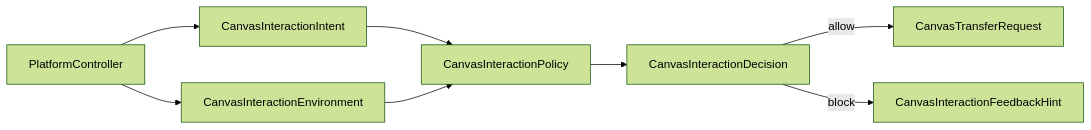
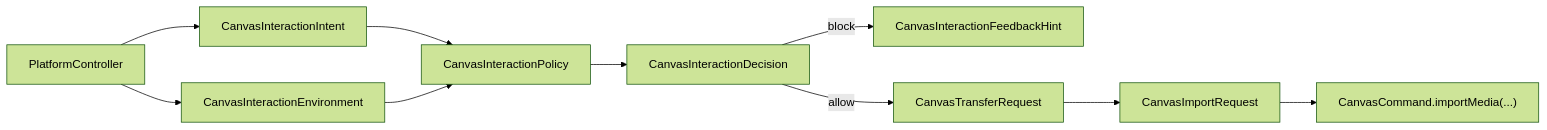
The first of 8 diagrams in .cursor/plans/方案4输入意图收敛_b466a267.plan.md (ShaunCheh/MyCanvas_Ver_0), drawn with Mermaid (forest theme) before and after one commit. The commit also changed other lines of this file, not shown here.

````diff
--- a/.cursor/plans/方案4输入意图收敛_b466a267.plan.md
+++ b/.cursor/plans/方案4输入意图收敛_b466a267.plan.md
@@ -141,18 +157,22 @@
 ```mermaid
 flowchart LR
     controller["PlatformController"]
     intent["CanvasInteractionIntent"]
     environment["CanvasInteractionEnvironment"]
     policy["CanvasInteractionPolicy"]
     decision["CanvasInteractionDecision"]
     feedback["CanvasInteractionFeedbackHint"]
     transferRequest["CanvasTransferRequest"]
+    importRequest["CanvasImportRequest"]
+    importCommand["CanvasCommand.importMedia(...)"]
 
     controller --> intent
     controller --> environment
     intent --> policy
     environment --> policy
     policy --> decision
     decision -->|"allow"| transferRequest
+    transferRequest --> importRequest
+    importRequest --> importCommand
     decision -->|"block"| feedback
 ```
````
